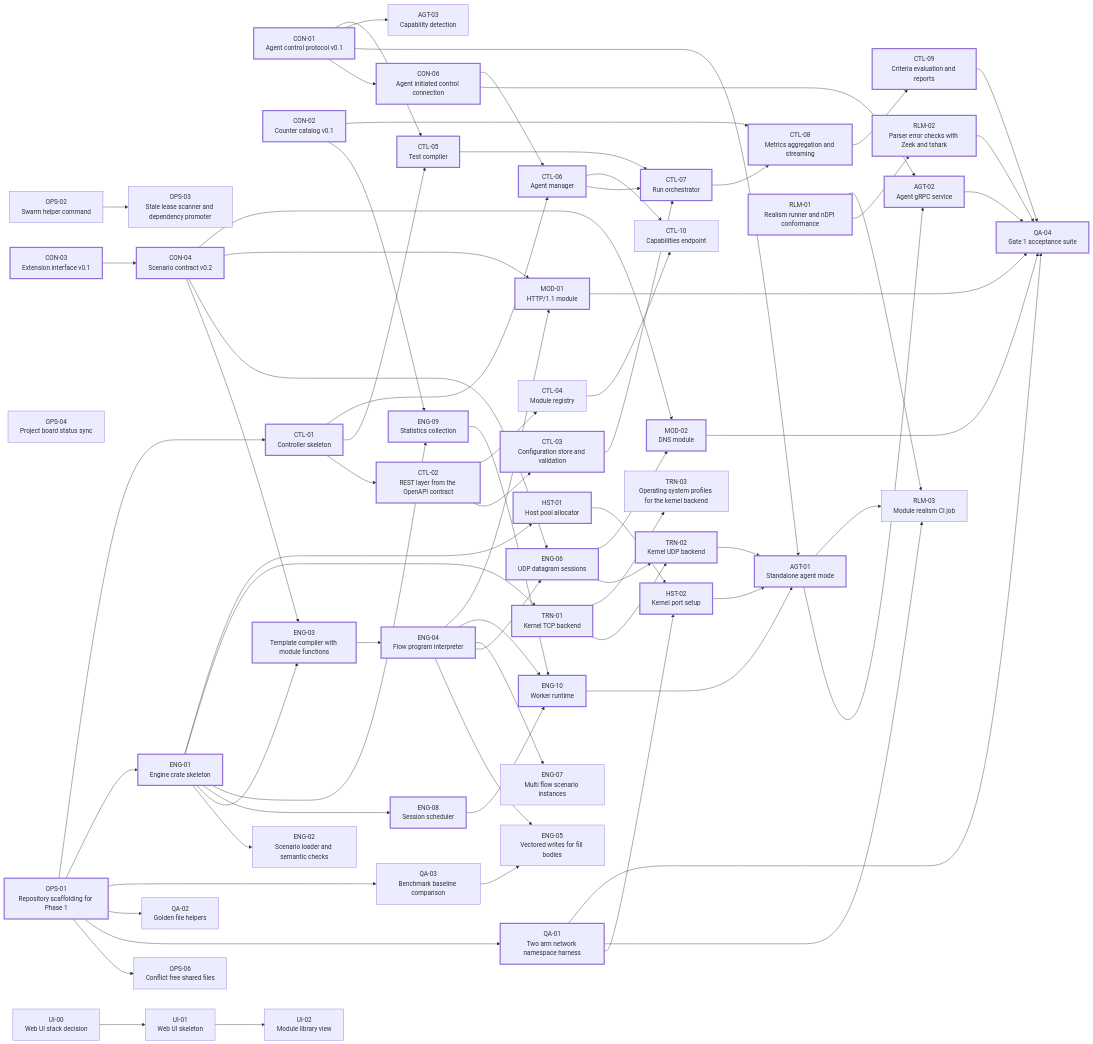
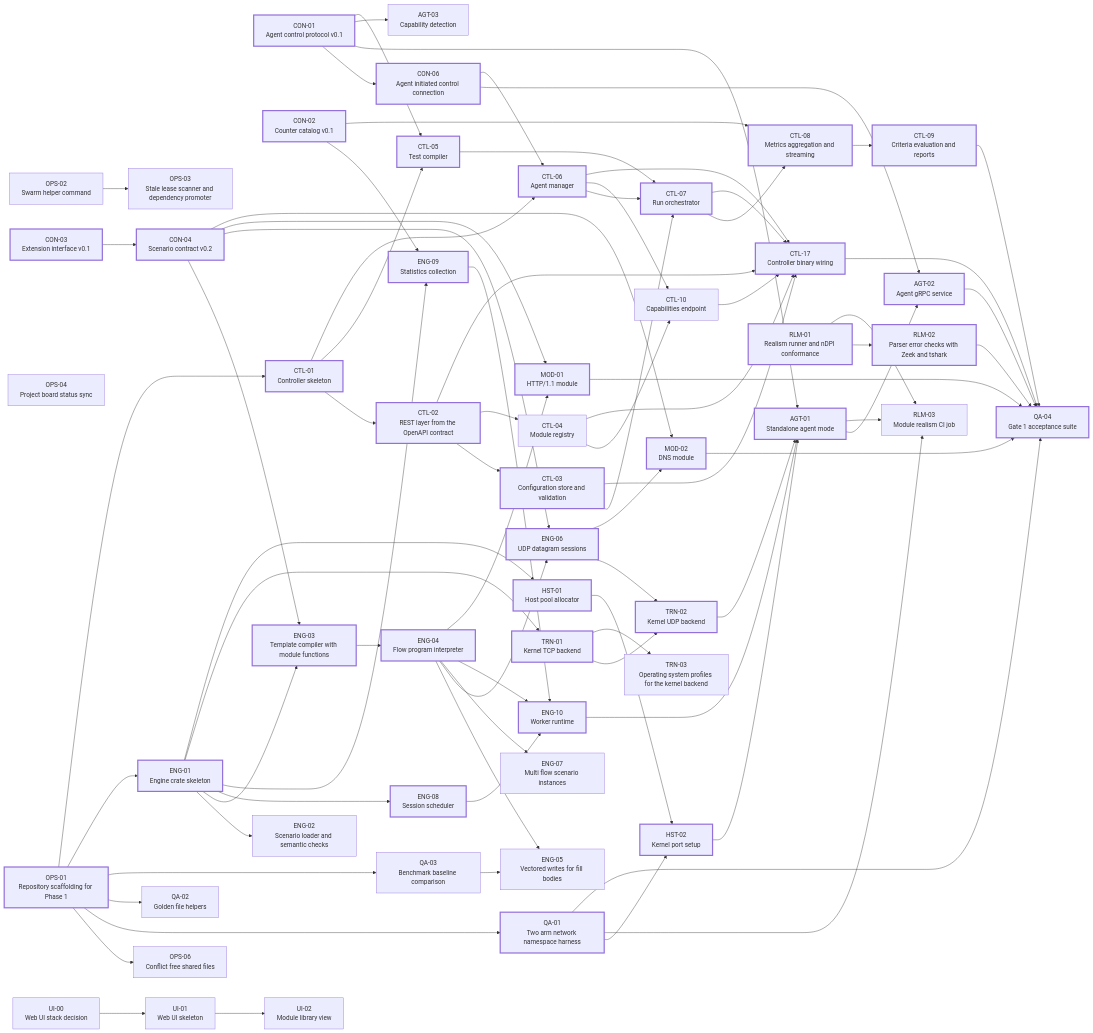
One commit to alrawi/FixingPointSystem changed the diagram in docs/wiki/Work-Packages-Phase-1.md. Above: the diagram before and after it, drawn with Mermaid. The commit also changed other lines of this file and 2 other files, not shown here.

First line of the commit message:
Plan: add CTL-17, controller binary wiring

````diff
--- a/docs/wiki/Work-Packages-Phase-1.md
+++ b/docs/wiki/Work-Packages-Phase-1.md
@@ -52,6 +52,7 @@
   CTL_08["CTL-08<br/>Metrics aggregation and streaming"]
   CTL_09["CTL-09<br/>Criteria evaluation and reports"]
   CTL_10["CTL-10<br/>Capabilities endpoint"]
+  CTL_17["CTL-17<br/>Controller binary wiring"]
   MOD_01["MOD-01<br/>HTTP/1.1 module"]
   MOD_02["MOD-02<br/>DNS module"]
   RLM_01["RLM-01<br/>Realism runner and nDPI conformance"]
@@ -114,6 +115,12 @@
   CTL_08 --> CTL_09
   CTL_04 --> CTL_10
   CTL_06 --> CTL_10
+  CTL_02 --> CTL_17
+  CTL_03 --> CTL_17
+  CTL_04 --> CTL_17
+  CTL_06 --> CTL_17
+  CTL_07 --> CTL_17
+  CTL_10 --> CTL_17
   ENG_04 --> MOD_01
   CON_04 --> MOD_01
   ENG_06 --> MOD_02
@@ -125,11 +132,12 @@
   QA_01 --> QA_04
   AGT_02 --> QA_04
   CTL_09 --> QA_04
+  CTL_17 --> QA_04
   MOD_01 --> QA_04
   MOD_02 --> QA_04
   RLM_02 --> QA_04
   UI_00 --> UI_01
   UI_01 --> UI_02
   classDef critical stroke-width:3px
-  class OPS_01,QA_01,CON_01,CON_02,CON_03,CON_04,CON_06,ENG_01,ENG_03,ENG_04,ENG_06,ENG_08,ENG_09,ENG_10,TRN_01,TRN_02,HST_01,HST_02,AGT_01,AGT_02,CTL_01,CTL_02,CTL_03,CTL_05,CTL_06,CTL_07,CTL_08,CTL_09,MOD_01,MOD_02,RLM_01,RLM_02,QA_04 critical
+  class OPS_01,QA_01,CON_01,CON_02,CON_03,CON_04,CON_06,ENG_01,ENG_03,ENG_04,ENG_06,ENG_08,ENG_09,ENG_10,TRN_01,TRN_02,HST_01,HST_02,AGT_01,AGT_02,CTL_01,CTL_02,CTL_03,CTL_05,CTL_06,CTL_07,CTL_08,CTL_09,CTL_17,MOD_01,MOD_02,RLM_01,RLM_02,QA_04 critical
 ```
````
